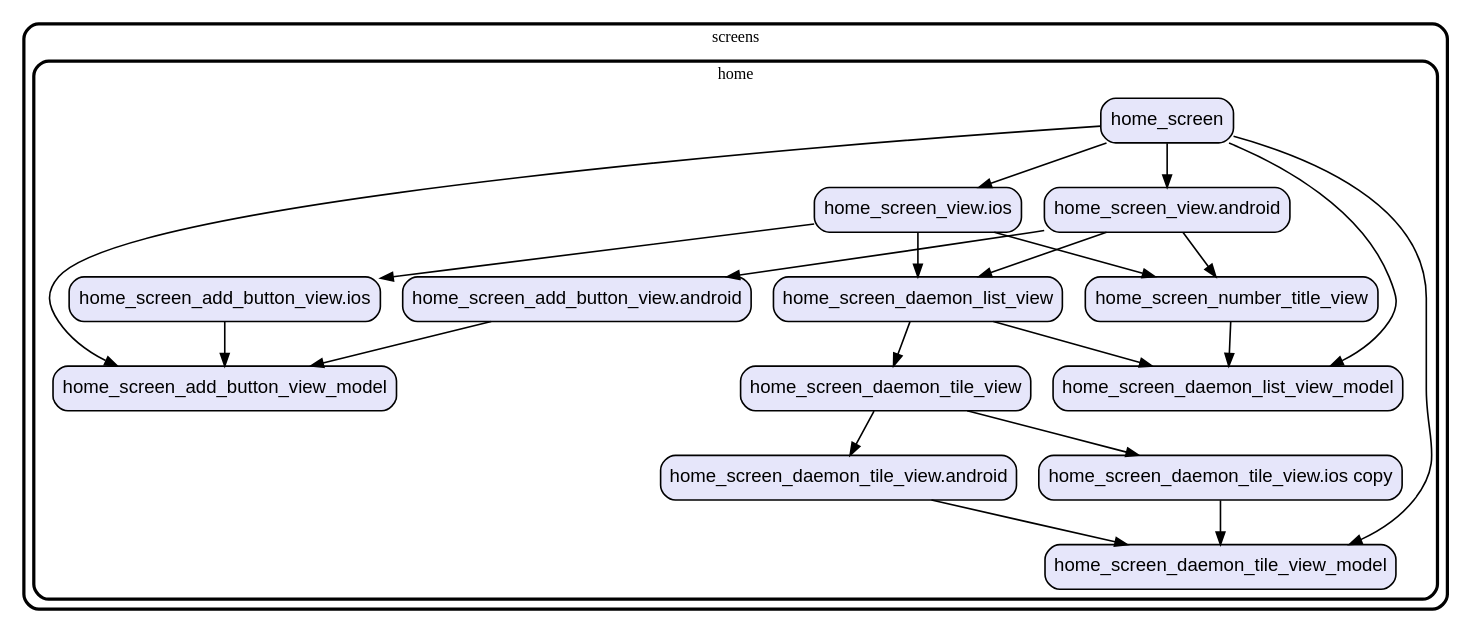
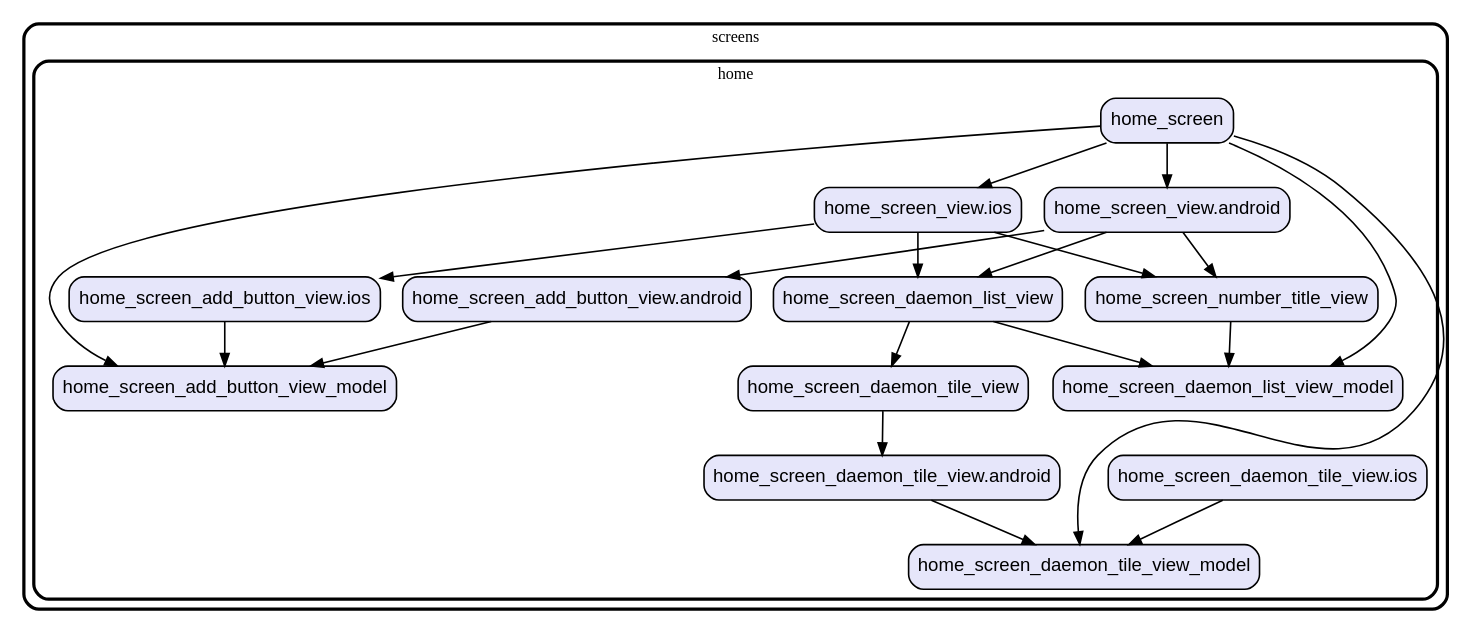
Before and after one commit to gev/reacthome-mobile: the diagram in graph/lib/ui/screens.dot, drawn with Graphviz. The commit also changed 5 other files, not shown here.

```diff
--- a/graph/lib/ui/screens.dot
+++ b/graph/lib/ui/screens.dot
@@ -1,57 +1,56 @@
 digraph "" {
   graph [style=rounded fontname="Arial Black" fontsize=13 penwidth=2.6];
   node [shape=rect style="filled,rounded" fontname=Arial fontsize=15 fillcolor=Lavender penwidth=1.3];
   edge [penwidth=1.3];
-  "/home/home_screen_daemon_tile_view.ios copy.dart" [label="home_screen_daemon_tile_view.ios copy"];
+  "/home/home_screen_daemon_tile_view.ios.dart" [label="home_screen_daemon_tile_view.ios"];
   "/home/home_screen_number_title_view.dart" [label="home_screen_number_title_view"];
   "/home/home_screen_add_button_view_model.dart" [label="home_screen_add_button_view_model"];
   "/home/home_screen_add_button_view.android.dart" [label="home_screen_add_button_view.android"];
   "/home/home_screen_view.android.dart" [label="home_screen_view.android"];
   "/home/home_screen_view.ios.dart" [label="home_screen_view.ios"];
   "/home/home_screen_daemon_tile_view_model.dart" [label="home_screen_daemon_tile_view_model"];
   "/home/home_screen_daemon_list_view_model.dart" [label="home_screen_daemon_list_view_model"];
   "/home/home_screen_daemon_tile_view.android.dart" [label="home_screen_daemon_tile_view.android"];
   "/home/home_screen_daemon_list_view.dart" [label="home_screen_daemon_list_view"];
   "/home/home_screen.dart" [label="home_screen"];
   "/home/home_screen_add_button_view.ios.dart" [label="home_screen_add_button_view.ios"];
   "/home/home_screen_daemon_tile_view.dart" [label="home_screen_daemon_tile_view"];
   subgraph "cluster~" {
     label="screens";
     subgraph "cluster~/home" {
       label="home";
-      "/home/home_screen_daemon_tile_view.ios copy.dart";
+      "/home/home_screen_daemon_tile_view.ios.dart";
       "/home/home_screen_number_title_view.dart";
       "/home/home_screen_add_button_view_model.dart";
       "/home/home_screen_add_button_view.android.dart";
       "/home/home_screen_view.android.dart";
       "/home/home_screen_view.ios.dart";
       "/home/home_screen_daemon_tile_view_model.dart";
       "/home/home_screen_daemon_list_view_model.dart";
       "/home/home_screen_daemon_tile_view.android.dart";
       "/home/home_screen_daemon_list_view.dart";
       "/home/home_screen.dart";
       "/home/home_screen_add_button_view.ios.dart";
       "/home/home_screen_daemon_tile_view.dart";
     }
   }
-  "/home/home_screen_daemon_tile_view.ios copy.dart" -> "/home/home_screen_daemon_tile_view_model.dart";
+  "/home/home_screen_daemon_tile_view.ios.dart" -> "/home/home_screen_daemon_tile_view_model.dart";
   "/home/home_screen_number_title_view.dart" -> "/home/home_screen_daemon_list_view_model.dart";
   "/home/home_screen_add_button_view.android.dart" -> "/home/home_screen_add_button_view_model.dart";
   "/home/home_screen_view.android.dart" -> "/home/home_screen_add_button_view.android.dart";
   "/home/home_screen_view.android.dart" -> "/home/home_screen_daemon_list_view.dart";
   "/home/home_screen_view.android.dart" -> "/home/home_screen_number_title_view.dart";
   "/home/home_screen_view.ios.dart" -> "/home/home_screen_add_button_view.ios.dart";
   "/home/home_screen_view.ios.dart" -> "/home/home_screen_daemon_list_view.dart";
   "/home/home_screen_view.ios.dart" -> "/home/home_screen_number_title_view.dart";
   "/home/home_screen_daemon_tile_view.android.dart" -> "/home/home_screen_daemon_tile_view_model.dart";
   "/home/home_screen_daemon_list_view.dart" -> "/home/home_screen_daemon_list_view_model.dart";
   "/home/home_screen_daemon_list_view.dart" -> "/home/home_screen_daemon_tile_view.dart";
   "/home/home_screen.dart" -> "/home/home_screen_add_button_view_model.dart";
   "/home/home_screen.dart" -> "/home/home_screen_daemon_list_view_model.dart";
   "/home/home_screen.dart" -> "/home/home_screen_daemon_tile_view_model.dart";
   "/home/home_screen.dart" -> "/home/home_screen_view.android.dart";
   "/home/home_screen.dart" -> "/home/home_screen_view.ios.dart";
   "/home/home_screen_add_button_view.ios.dart" -> "/home/home_screen_add_button_view_model.dart";
   "/home/home_screen_daemon_tile_view.dart" -> "/home/home_screen_daemon_tile_view.android.dart";
-  "/home/home_screen_daemon_tile_view.dart" -> "/home/home_screen_daemon_tile_view.ios copy.dart";
 }
```
